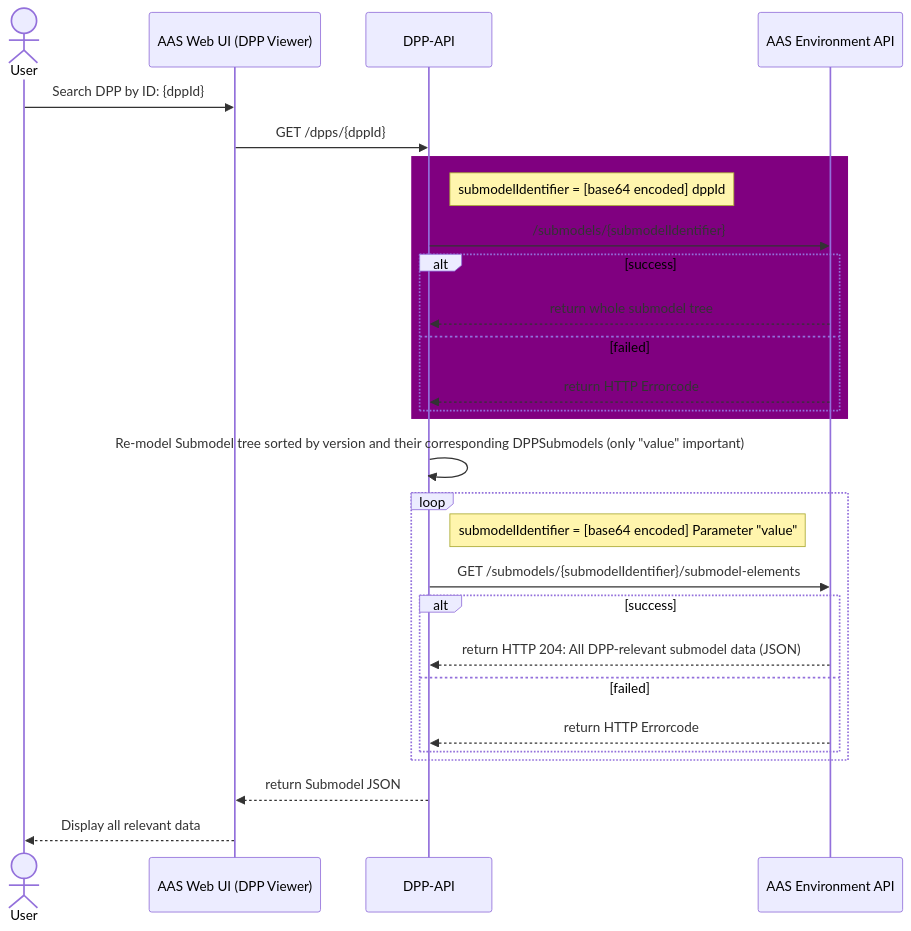
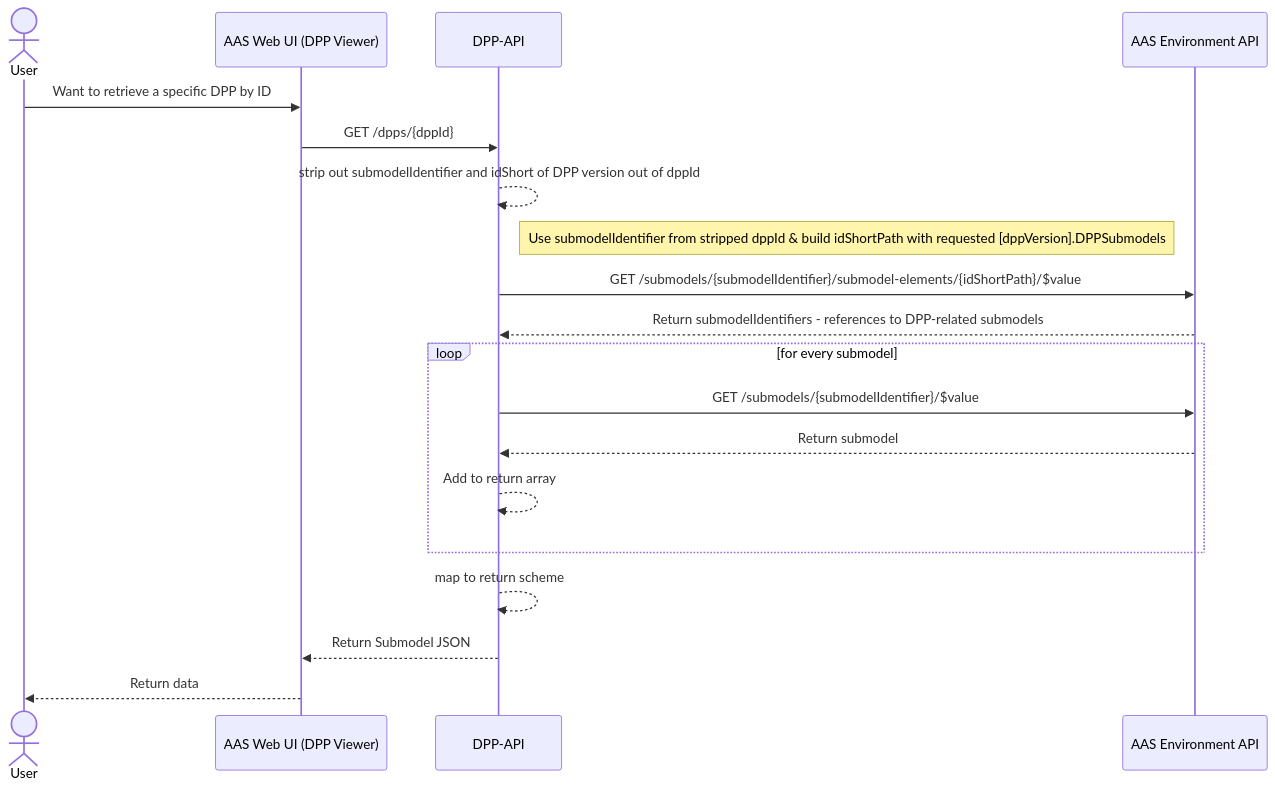
The second of 10 diagrams in PROJECT/SAS/mapping/mapping.md (DHBW-TINF24F/Team6-BaSyx-DPP-API), drawn with Mermaid before and after one commit. The commit also changed other lines of this file, not shown here.

Commit message:
GET /dpps/{dppId}

````diff
--- a/PROJECT/SAS/mapping/mapping.md
+++ b/PROJECT/SAS/mapping/mapping.md
@@ -83,35 +75,27 @@
 ```mermaid
 sequenceDiagram
   actor User
   participant Web as AAS Web UI (DPP Viewer)
   participant API as DPP-API
   participant Env as AAS Environment API
 
-  User->>Web: Search DPP by ID: {dppId}
+  User->>Web: Want to retrieve a specific DPP by ID
   Web->>API: GET /dpps/{dppId}
 
-  rect purple
-    Note right of API: submodelIdentifier = [base64 encoded] dppId
-    API->>Env: /submodels/{submodelIdentifier}
-    alt success
-        Env-->>API: return whole submodel tree
-    else failed
-        Env-->>API: return HTTP Errorcode
-    end
+  API-->>API: strip out submodelIdentifier and idShort of DPP version out of dppId
+
+  Note right of API: Use submodelIdentifier from stripped dppId & build idShortPath with requested [dppVersion].DPPSubmodels 
+  API->>Env: GET /submodels/{submodelIdentifier}/submodel-elements/{idShortPath}/$value
+  Env-->>API: Return submodelIdentifiers - references to DPP-related submodels
+
+  loop for every submodel
+    API->>Env: GET /submodels/{submodelIdentifier}/$value
+    Env-->>API: Return submodel
+    API-->>API: Add to return array
   end
 
-  API->>API: Re-model Submodel tree sorted by version and their corresponding DPPSubmodels (only "value" important)
+  API-->>API: map to return scheme
 
-  loop
-  Note right of API: submodelIdentifier = [base64 encoded] Parameter "value"
-    API->>Env: GET /submodels/{submodelIdentifier}/submodel-elements
-    alt success
-      Env-->>API: return HTTP 204: All DPP-relevant submodel data (JSON)
-    else failed
-      Env-->>API: return HTTP Errorcode
-    end
-  end
-
-  API-->>Web: return Submodel JSON
-  Web-->>User: Display all relevant data
+  API-->>Web: Return Submodel JSON
+  Web-->>User: Return data
 ```
````
